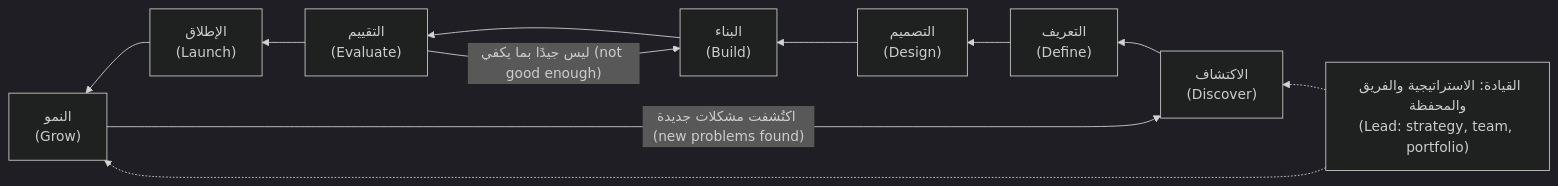
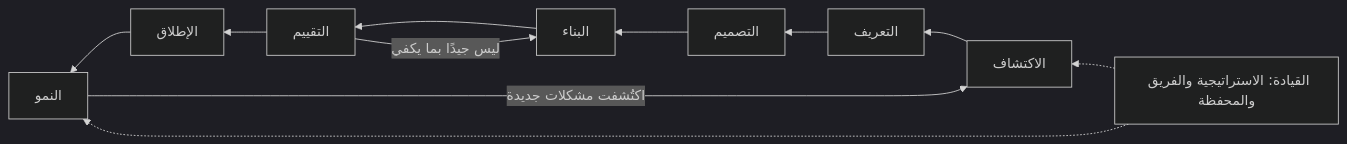
One commit to Tamoura/system-design-for-vibe-coders changed the first of 3 diagrams in aipm/modules/00-orientation.ar.md. Above: the diagram before and after it, drawn with Mermaid (dark theme). The commit also changed other lines of this file and 551 other files, not shown here.

````diff
--- a/aipm/modules/00-orientation.ar.md
+++ b/aipm/modules/00-orientation.ar.md
@@ -90,13 +90,13 @@
 ```mermaid
 flowchart RL
-    D["الاكتشاف<br/>(Discover)"] --> DF["التعريف<br/>(Define)"]
-    DF --> DS["التصميم<br/>(Design)"]
-    DS --> B["البناء<br/>(Build)"]
-    B --> E["التقييم<br/>(Evaluate)"]
-    E -- "ليس جيدًا بما يكفي (not good enough)" --> B
-    E --> L["الإطلاق<br/>(Launch)"]
-    L --> G["النمو<br/>(Grow)"]
-    G -- "اكتُشفت مشكلات جديدة (new problems found)" --> D
-    LD["القيادة: الاستراتيجية والفريق والمحفظة<br/>(Lead: strategy, team, portfolio)"] -.-> D
+    D["الاكتشاف"] --> DF["التعريف"]
+    DF --> DS["التصميم"]
+    DS --> B["البناء"]
+    B --> E["التقييم"]
+    E -- "ليس جيدًا بما يكفي" --> B
+    E --> L["الإطلاق"]
+    L --> G["النمو"]
+    G -- "اكتُشفت مشكلات جديدة" --> D
+    LD["القيادة: الاستراتيجية والفريق والمحفظة"] -.-> D
     LD -.-> G
 ```
````
